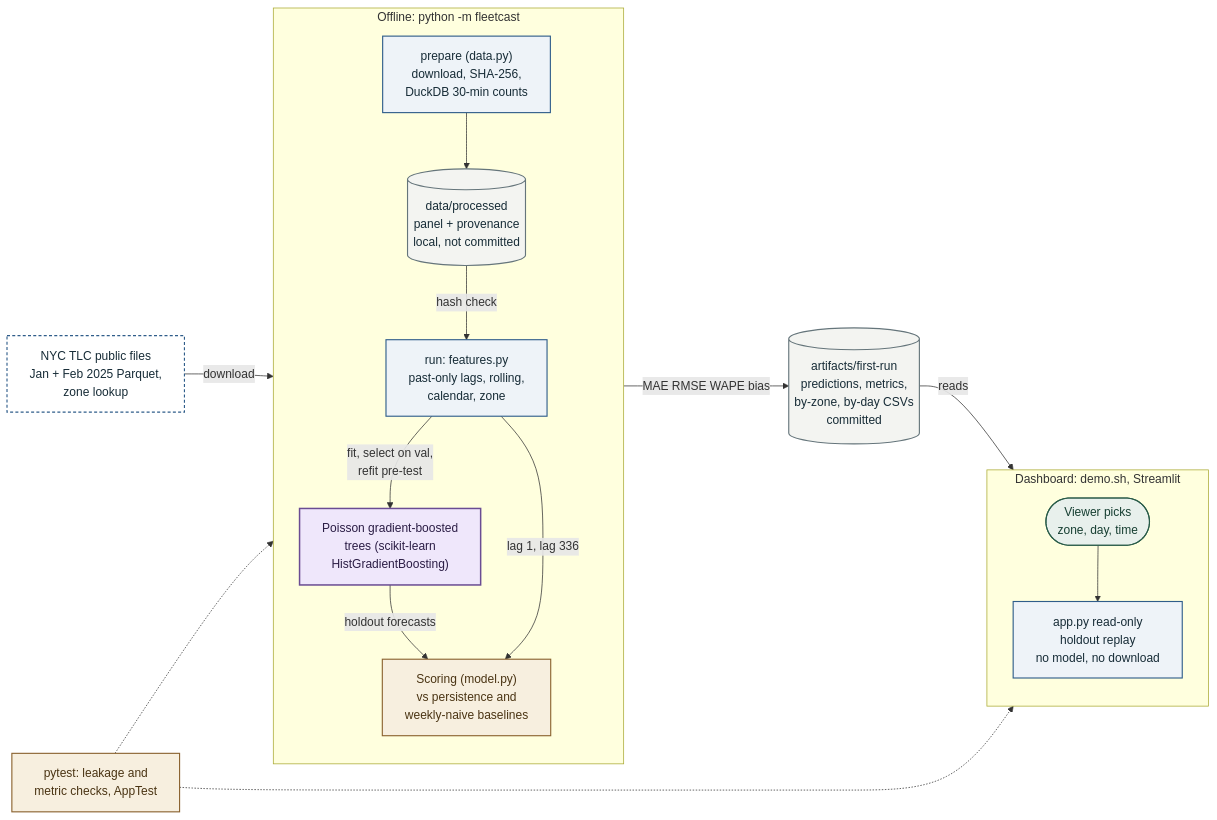
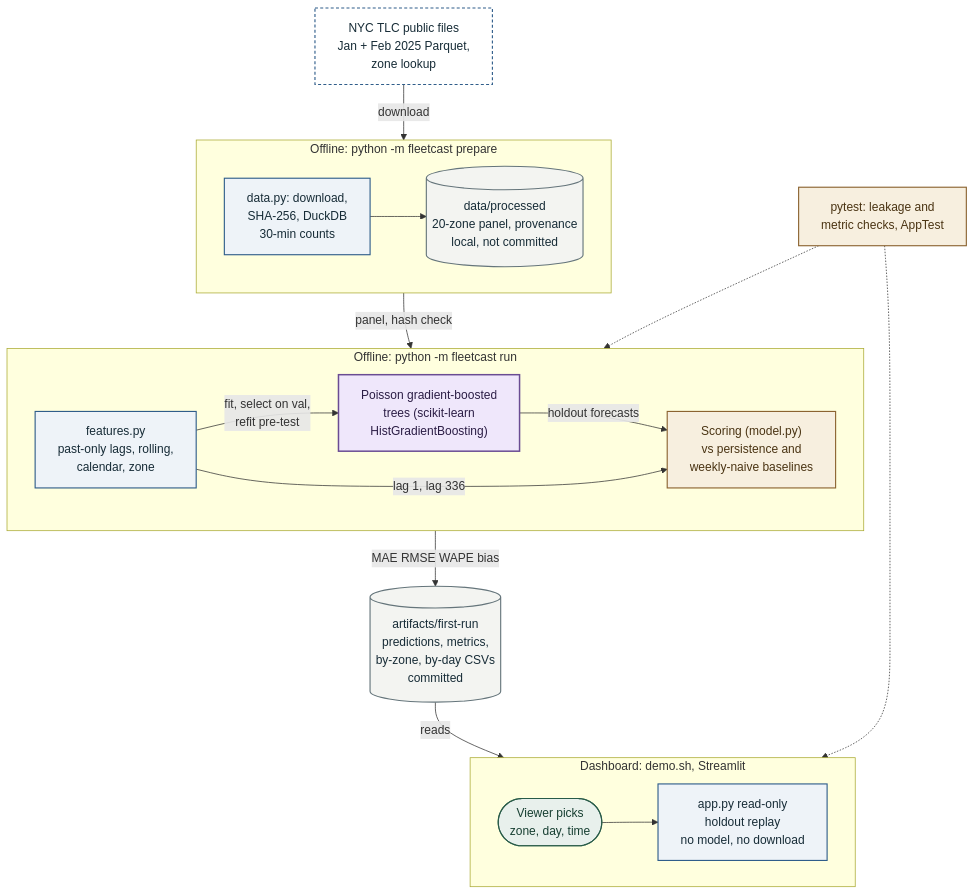
One commit to retinapeg/fleetcast changed the diagram in docs/architecture.mmd. Above: the diagram before and after it, drawn with Mermaid. The commit also changed 1 other file, not shown here.

Commit message:
docs: relayout architecture diagram top-down for README width

```diff
--- a/docs/architecture.mmd
+++ b/docs/architecture.mmd
@@ -1,51 +1,55 @@
 %% Architecture of fleetcast at commit 1c3ff5c86dd5048bb61f47082b78400005bcb3e5
 %% Sources: fleetcast/__main__.py, fleetcast/data.py, fleetcast/features.py, fleetcast/model.py, app.py, demo.sh, tests/test_fleetcast.py, tests/test_app.py, .gitignore
 %% Render: npx @mermaid-js/mermaid-cli -i docs/architecture.mmd -o docs/images/architecture.svg -b white
-flowchart LR
+flowchart TD
     tlc["NYC TLC public files<br/>Jan + Feb 2025 Parquet,<br/>zone lookup"]
 
-    subgraph offline["Offline: python -m fleetcast"]
-        direction TB
-        prep["prepare (data.py)<br/>download, SHA-256,<br/>DuckDB 30-min counts"]
-        panel[("data/processed<br/>panel + provenance<br/>local, not committed")]
-        feats["run: features.py<br/>past-only lags, rolling,<br/>calendar, zone"]
+    subgraph prepsg["Offline: python -m fleetcast prepare"]
+        direction LR
+        prep["data.py: download,<br/>SHA-256, DuckDB<br/>30-min counts"]
+        panel[("data/processed<br/>20-zone panel, provenance<br/>local, not committed")]
+        prep --> panel
+    end
+
+    subgraph runsg["Offline: python -m fleetcast run"]
+        direction LR
+        feats["features.py<br/>past-only lags, rolling,<br/>calendar, zone"]
         gbt["Poisson gradient-boosted<br/>trees (scikit-learn<br/>HistGradientBoosting)"]
         score["Scoring (model.py)<br/>vs persistence and<br/>weekly-naive baselines"]
-        prep --> panel
-        panel -->|"hash check"| feats
         feats -->|"fit, select on val,<br/>refit pre-test"| gbt
         gbt -->|"holdout forecasts"| score
         feats -->|"lag 1, lag 336"| score
     end
 
     art[("artifacts/first-run<br/>predictions, metrics,<br/>by-zone, by-day CSVs<br/>committed")]
 
     subgraph demo["Dashboard: demo.sh, Streamlit"]
-        direction TB
+        direction LR
         user(["Viewer picks<br/>zone, day, time"])
         app["app.py read-only<br/>holdout replay<br/>no model, no download"]
         user --> app
     end
 
     tests["pytest: leakage and<br/>metric checks, AppTest"]
 
-    tlc -->|"download"| offline
-    offline -->|"MAE RMSE WAPE bias"| art
+    tlc -->|"download"| prepsg
+    prepsg -->|"panel, hash check"| runsg
+    runsg -->|"MAE RMSE WAPE bias"| art
     art -->|"reads"| demo
-    tests -.-> offline
+    tests -.-> runsg
     tests -.-> demo
 
     class tlc ext;
     class prep,feats,app det;
     class panel,art store;
     class gbt ai;
     class score,tests eval;
     class user human;
 
     classDef ai fill:#efe7fb,stroke:#6a4c93,stroke-width:2px,color:#2b1d45;
     classDef det fill:#eef3f8,stroke:#2f5d8a,stroke-width:1.5px,color:#172c37;
     classDef human fill:#e8f0ec,stroke:#285b48,stroke-width:1.5px,color:#173f32;
     classDef eval fill:#f7efdf,stroke:#8b6330,stroke-width:1.5px,color:#4a3413;
     classDef store fill:#f3f4f1,stroke:#65757b,stroke-width:1.5px,color:#172c37;
     classDef ext fill:#ffffff,stroke:#2f5d8a,stroke-width:1.5px,stroke-dasharray:4 3,color:#172c37;
     classDef mock fill:#ffffff,stroke:#9aa5a8,stroke-width:1.5px,stroke-dasharray:6 4,color:#65757b;
```
